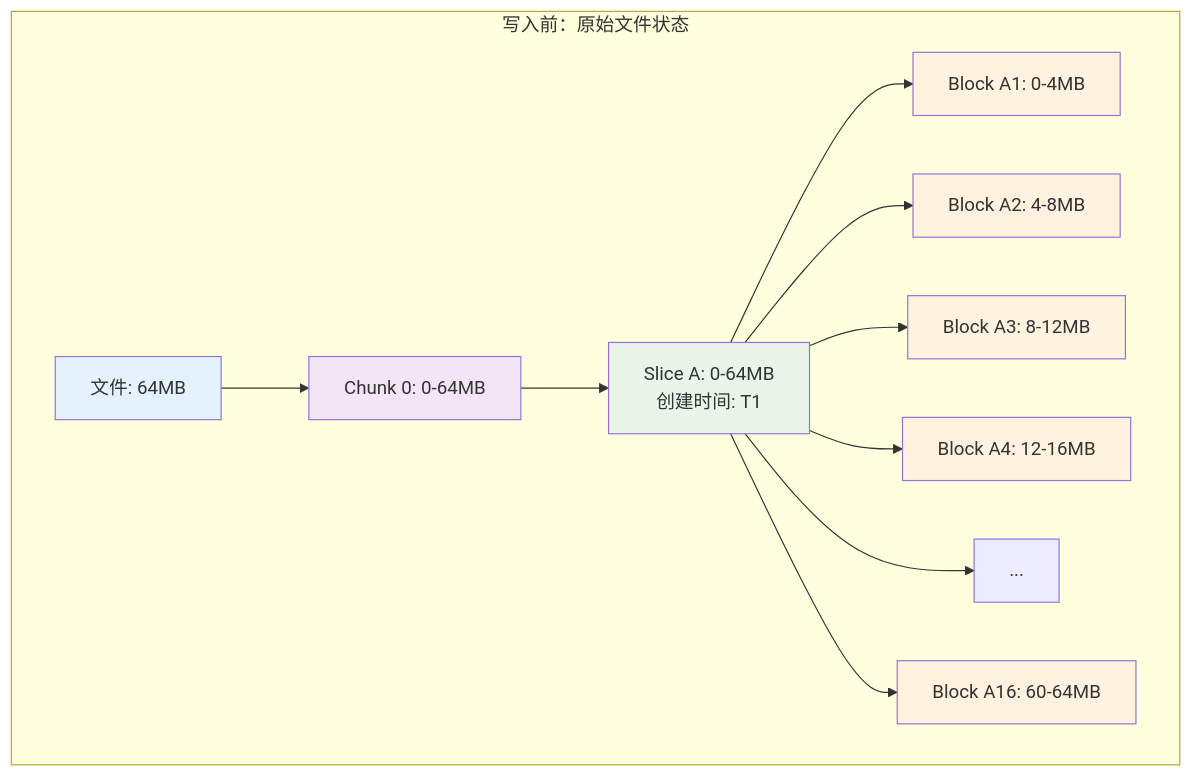
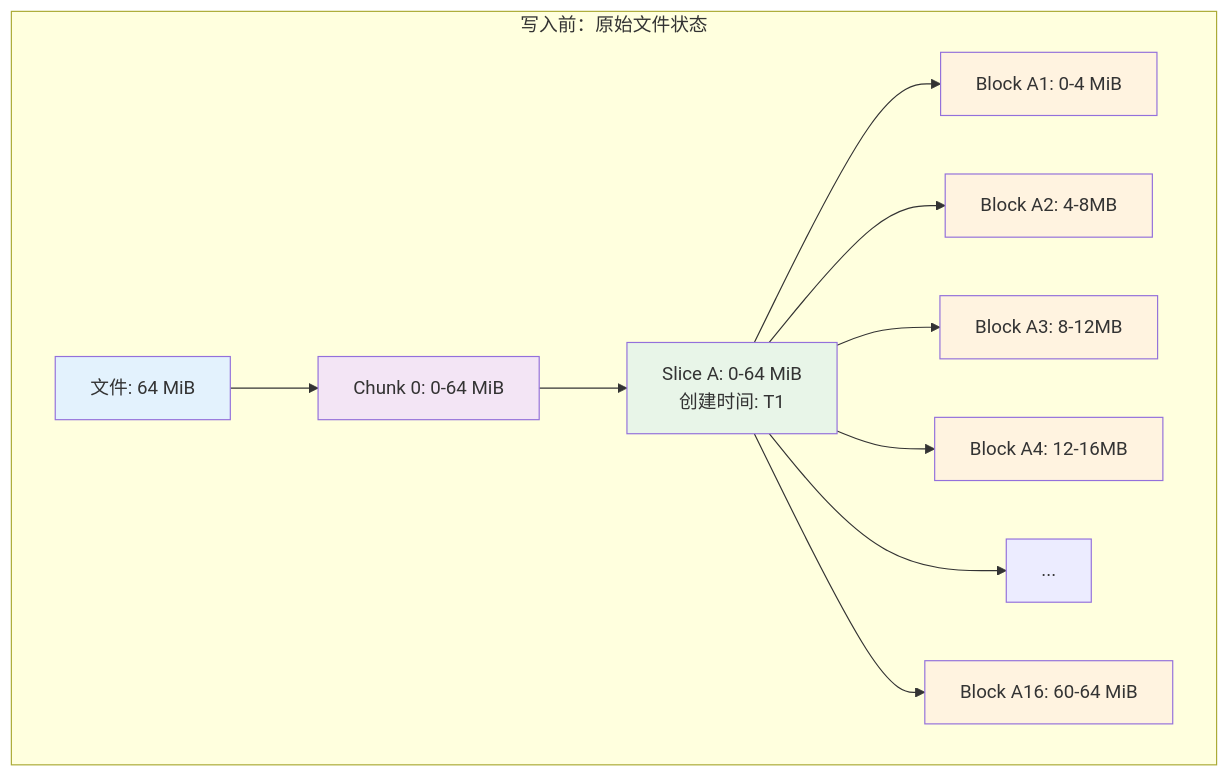
Before and after one commit to ForceInjection/AI-fundamentals: the third of 12 diagrams in 04_cloud_native_ai_platform/storage/juicefs/01_juicefs_file_modification_mechanism_analysis.md, drawn with Mermaid. The commit also changed other lines of this file and 26 other files, not shown here.

````diff
--- a/04_cloud_native_ai_platform/storage/juicefs/01_juicefs_file_modification_mechanism_analysis.md
+++ b/04_cloud_native_ai_platform/storage/juicefs/01_juicefs_file_modification_mechanism_analysis.md
@@ -240,23 +230,23 @@
 ```mermaid
 graph TD
     subgraph "写入前：原始文件状态"
-        A1[文件: 64MB] --> B1[Chunk 0: 0-64MB]
-        B1 --> C1[Slice A: 0-64MB<br/>创建时间: T1]
+        A1[文件: 64 MiB] --> B1[Chunk 0: 0-64 MiB]
+        B1 --> C1[Slice A: 0-64 MiB<br/>创建时间: T1]
         
-        C1 --> D1[Block A1: 0-4MB]
+        C1 --> D1[Block A1: 0-4 MiB]
         C1 --> D2[Block A2: 4-8MB]
         C1 --> D3[Block A3: 8-12MB]
         C1 --> D4[Block A4: 12-16MB]
         C1 --> D5[...]
-        C1 --> D6[Block A16: 60-64MB]
+        C1 --> D6[Block A16: 60-64 MiB]
     end
     
     style A1 fill:#e3f2fd
     style B1 fill:#f3e5f5
     style C1 fill:#e8f5e8
     style D1 fill:#fff3e0
     style D2 fill:#fff3e0
     style D3 fill:#fff3e0
     style D4 fill:#fff3e0
     style D6 fill:#fff3e0
 ```
````
